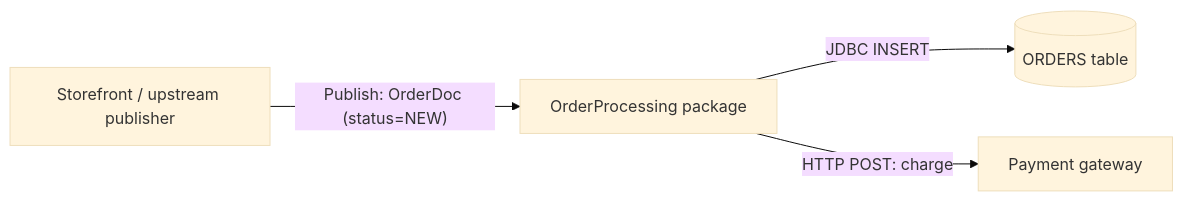
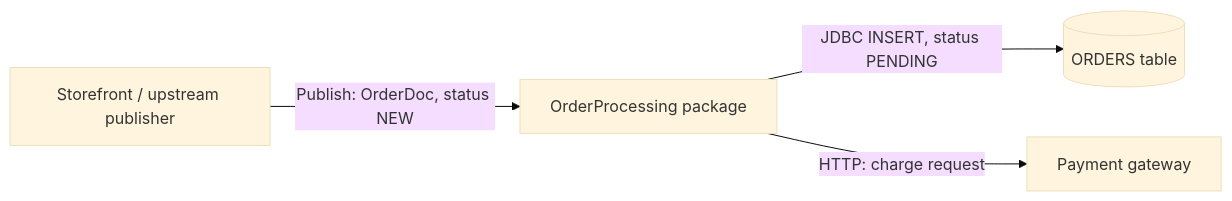
The first of 5 diagrams in docs/FSD.md (sgoskula/webmethodskill), drawn with Mermaid (base theme) before and after one commit. The commit also changed other lines of this file and 21 other files, not shown here.

````diff
--- a/docs/FSD.md
+++ b/docs/FSD.md
@@ -36,6 +37,6 @@
 ```mermaid
 flowchart LR
-    Storefront["Storefront / upstream publisher"] -- "Publish: OrderDoc (status=NEW)" --> OP["OrderProcessing package"]
-    OP -- "JDBC INSERT" --> DB[("ORDERS table")]
-    OP -- "HTTP POST: charge" --> PG["Payment gateway"]
+    Storefront["Storefront / upstream publisher"] -- "Publish: OrderDoc, status NEW" --> OP["OrderProcessing package"]
+    OP -- "JDBC INSERT, status PENDING" --> DB[("ORDERS table")]
+    OP -- "HTTP: charge request" --> PG["Payment gateway"]
 ```
````
